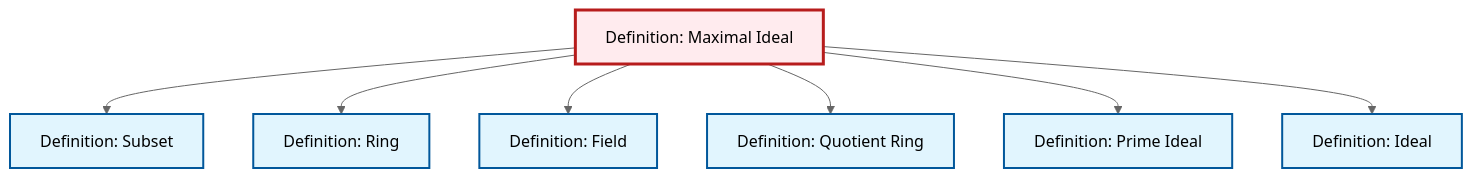
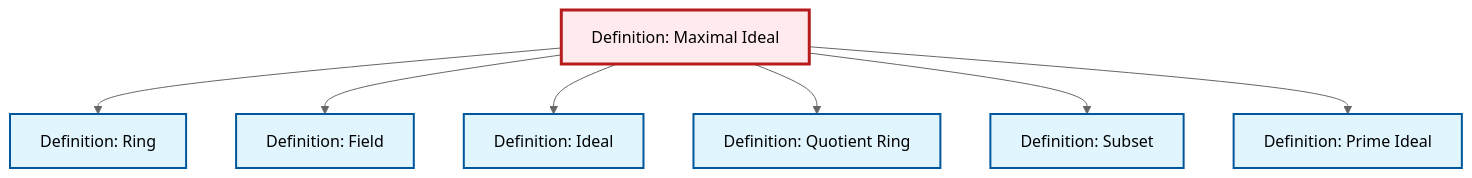
One commit to RK0429/ModernMath changed the diagram in content/en/algebra/def-maximal-ideal.qmd. Above: the diagram before and after it, drawn with Mermaid (neutral theme). The commit also changed other lines of this file and 1069 other files, not shown here.

````diff
--- a/content/en/algebra/def-maximal-ideal.qmd
+++ b/content/en/algebra/def-maximal-ideal.qmd
@@ -94,29 +94,29 @@
 ```{mermaid}
 %%| fig-cap: "Local dependency graph"
 graph TD
     classDef definition fill:#e1f5fe,stroke:#01579b,stroke-width:2px
     classDef theorem fill:#f3e5f5,stroke:#4a148c,stroke-width:2px
     classDef axiom fill:#fff3e0,stroke:#e65100,stroke-width:2px
     classDef example fill:#e8f5e9,stroke:#1b5e20,stroke-width:2px
     classDef current fill:#ffebee,stroke:#b71c1c,stroke-width:3px
-    def-quotient-ring["Definition: Quotient Ring"]:::definition
+    def-prime-ideal["Definition: Prime Ideal"]:::definition
+    def-ideal["Definition: Ideal"]:::definition
     def-maximal-ideal["Definition: Maximal Ideal"]:::definition
     def-field["Definition: Field"]:::definition
-    def-prime-ideal["Definition: Prime Ideal"]:::definition
+    def-quotient-ring["Definition: Quotient Ring"]:::definition
     def-ring["Definition: Ring"]:::definition
     def-subset["Definition: Subset"]:::definition
-    def-ideal["Definition: Ideal"]:::definition
-    def-maximal-ideal --> def-subset
     def-maximal-ideal --> def-ring
     def-maximal-ideal --> def-field
+    def-maximal-ideal --> def-ideal
     def-maximal-ideal --> def-quotient-ring
+    def-maximal-ideal --> def-subset
     def-maximal-ideal --> def-prime-ideal
-    def-maximal-ideal --> def-ideal
     class def-maximal-ideal current
+    click def-prime-ideal "def-prime-ideal.html" "Go to Prime Ideal definition"
+    click def-ideal "def-ideal.html" "Go to Ideal definition"
+    click def-field "def-field.html" "Go to Field definition"
     click def-quotient-ring "def-quotient-ring.html" "Go to Quotient Ring definition"
-    click def-field "def-field.html" "Go to Field definition"
-    click def-prime-ideal "def-prime-ideal.html" "Go to Prime Ideal definition"
     click def-ring "def-ring.html" "Go to Ring definition"
     click def-subset "def-subset.html" "Go to Subset definition"
-    click def-ideal "def-ideal.html" "Go to Ideal definition"
 ```
````
